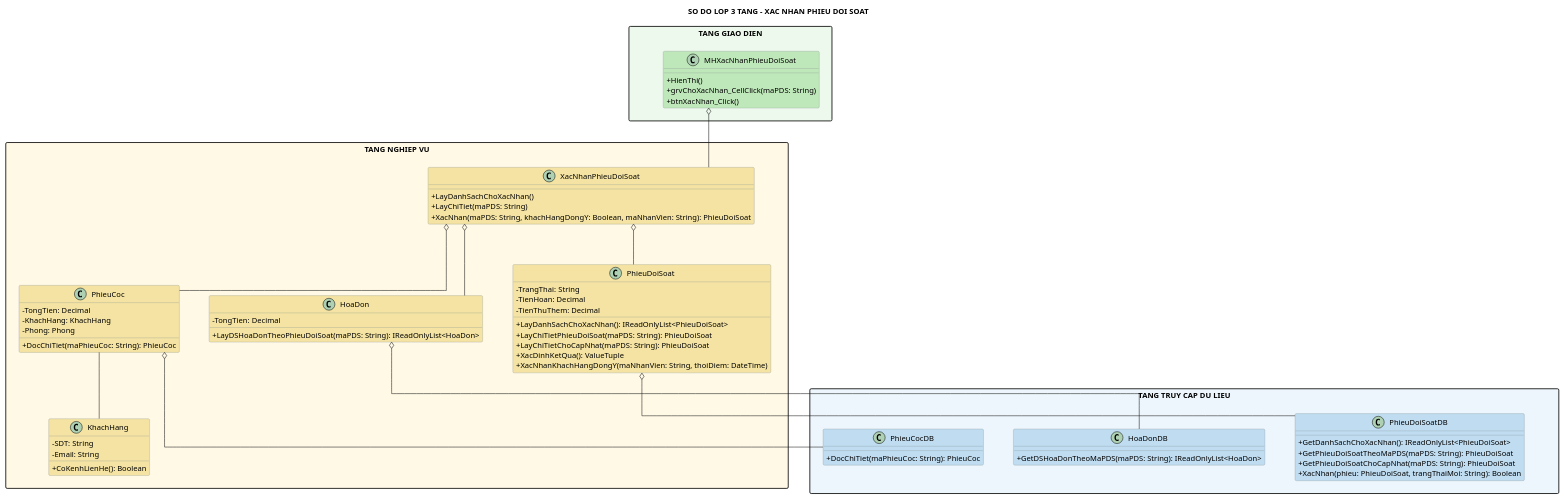
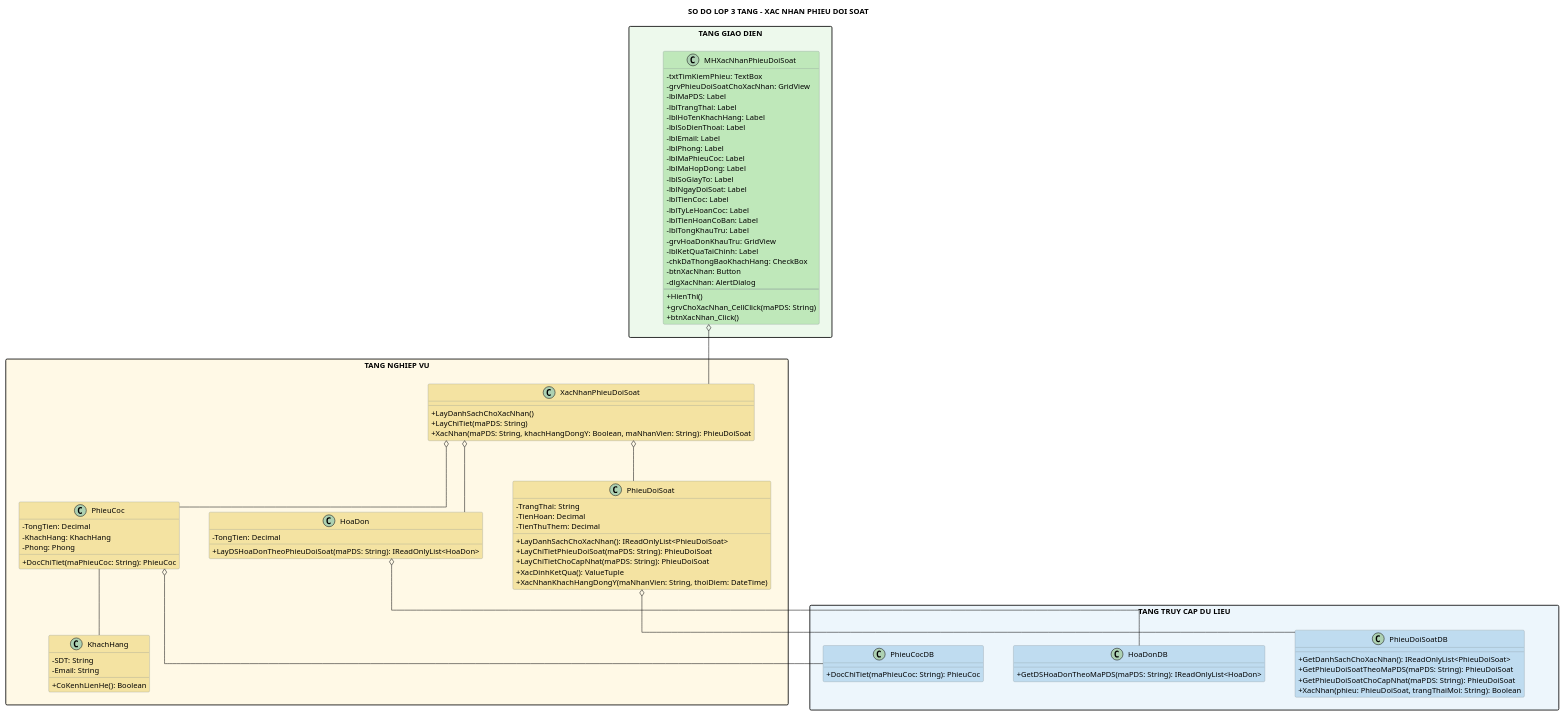
The diagram in docs/uml/xac-nhan-phieu-doi-soat-class.puml (Ming1309/HomeStay-Dorm), drawn with PlantUML before and after one commit. The commit also changed 64 other files, not shown here.

Commit message:
feat(uml): add validation script to enforce UML consistency and fix diagnostic errors

```diff
--- a/docs/uml/xac-nhan-phieu-doi-soat-class.puml
+++ b/docs/uml/xac-nhan-phieu-doi-soat-class.puml
@@ -1,79 +1,101 @@
 @startuml
 title SO DO LOP 3 TANG - XAC NHAN PHIEU DOI SOAT
 top to bottom direction
 skinparam shadowing false
 skinparam linetype ortho
 skinparam nodesep 55
 skinparam ranksep 75
 skinparam packageStyle rectangle
 skinparam classAttributeIconSize 0
 skinparam class {
   BorderColor #7F8C8D
 }
 package "TANG GIAO DIEN" as GUI_LAYER #EDF9EC {
   class MHXacNhanPhieuDoiSoat #BFE8BA {
+    - txtTimKiemPhieu: TextBox
+    - grvPhieuDoiSoatChoXacNhan: GridView
+    - lblMaPDS: Label
+    - lblTrangThai: Label
+    - lblHoTenKhachHang: Label
+    - lblSoDienThoai: Label
+    - lblEmail: Label
+    - lblPhong: Label
+    - lblMaPhieuCoc: Label
+    - lblMaHopDong: Label
+    - lblSoGiayTo: Label
+    - lblNgayDoiSoat: Label
+    - lblTienCoc: Label
+    - lblTyLeHoanCoc: Label
+    - lblTienHoanCoBan: Label
+    - lblTongKhauTru: Label
+    - grvHoaDonKhauTru: GridView
+    - lblKetQuaTaiChinh: Label
+    - chkDaThongBaoKhachHang: CheckBox
+    - btnXacNhan: Button
+    - dlgXacNhan: AlertDialog
+    --
     + HienThi()
     + grvChoXacNhan_CellClick(maPDS: String)
     + btnXacNhan_Click()
   }
 }
 package "TANG NGHIEP VU" as BUS_LAYER #FFF9E6 {
   class XacNhanPhieuDoiSoat #F4E3A2 {
     + LayDanhSachChoXacNhan()
     + LayChiTiet(maPDS: String)
     + XacNhan(maPDS: String, khachHangDongY: Boolean, maNhanVien: String): PhieuDoiSoat
   }
   class PhieuDoiSoat #F4E3A2 {
     - TrangThai: String
     - TienHoan: Decimal
     - TienThuThem: Decimal
     + LayDanhSachChoXacNhan(): IReadOnlyList<PhieuDoiSoat>
     + LayChiTietPhieuDoiSoat(maPDS: String): PhieuDoiSoat
     + LayChiTietChoCapNhat(maPDS: String): PhieuDoiSoat
     + XacDinhKetQua(): ValueTuple
     + XacNhanKhachHangDongY(maNhanVien: String, thoiDiem: DateTime)
   }
   class PhieuCoc #F4E3A2 {
     - TongTien: Decimal
     - KhachHang: KhachHang
     - Phong: Phong
     + DocChiTiet(maPhieuCoc: String): PhieuCoc
   }
   class KhachHang #F4E3A2 {
     - SDT: String
     - Email: String
     + CoKenhLienHe(): Boolean
   }
   class HoaDon #F4E3A2 {
     - TongTien: Decimal
     + LayDSHoaDonTheoPhieuDoiSoat(maPDS: String): IReadOnlyList<HoaDon>
   }
 }
 package "TANG TRUY CAP DU LIEU" as DAL_LAYER #EDF6FC {
   class PhieuDoiSoatDB #BFDCF0 {
     + GetDanhSachChoXacNhan(): IReadOnlyList<PhieuDoiSoat>
     + GetPhieuDoiSoatTheoMaPDS(maPDS: String): PhieuDoiSoat
     + GetPhieuDoiSoatChoCapNhat(maPDS: String): PhieuDoiSoat
     + XacNhan(phieu: PhieuDoiSoat, trangThaiMoi: String): Boolean
   }
   class PhieuCocDB #BFDCF0 {
     + DocChiTiet(maPhieuCoc: String): PhieuCoc
   }
   class HoaDonDB #BFDCF0 {
     + GetDSHoaDonTheoMaPDS(maPDS: String): IReadOnlyList<HoaDon>
   }
 }
 MHXacNhanPhieuDoiSoat o-- XacNhanPhieuDoiSoat
 XacNhanPhieuDoiSoat o-- PhieuDoiSoat
 XacNhanPhieuDoiSoat o-- PhieuCoc
 XacNhanPhieuDoiSoat o-- HoaDon
 PhieuDoiSoat o-- PhieuDoiSoatDB
 PhieuCoc o-- PhieuCocDB
 PhieuCoc -- KhachHang
 HoaDon o-- HoaDonDB
 
 GUI_LAYER -[hidden]down- BUS_LAYER
 BUS_LAYER -[hidden]down- DAL_LAYER
 XacNhanPhieuDoiSoat -[hidden]down- PhieuDoiSoatDB
 HoaDon -[hidden]down- PhieuDoiSoatDB
 @enduml
```
